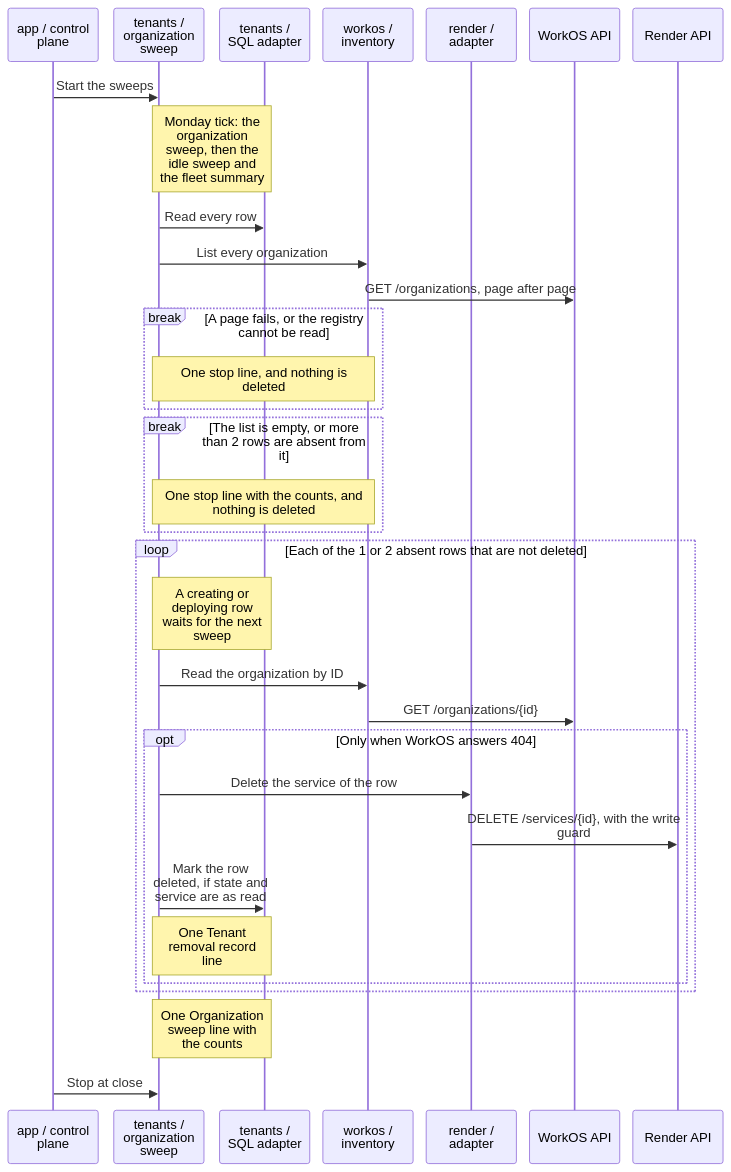
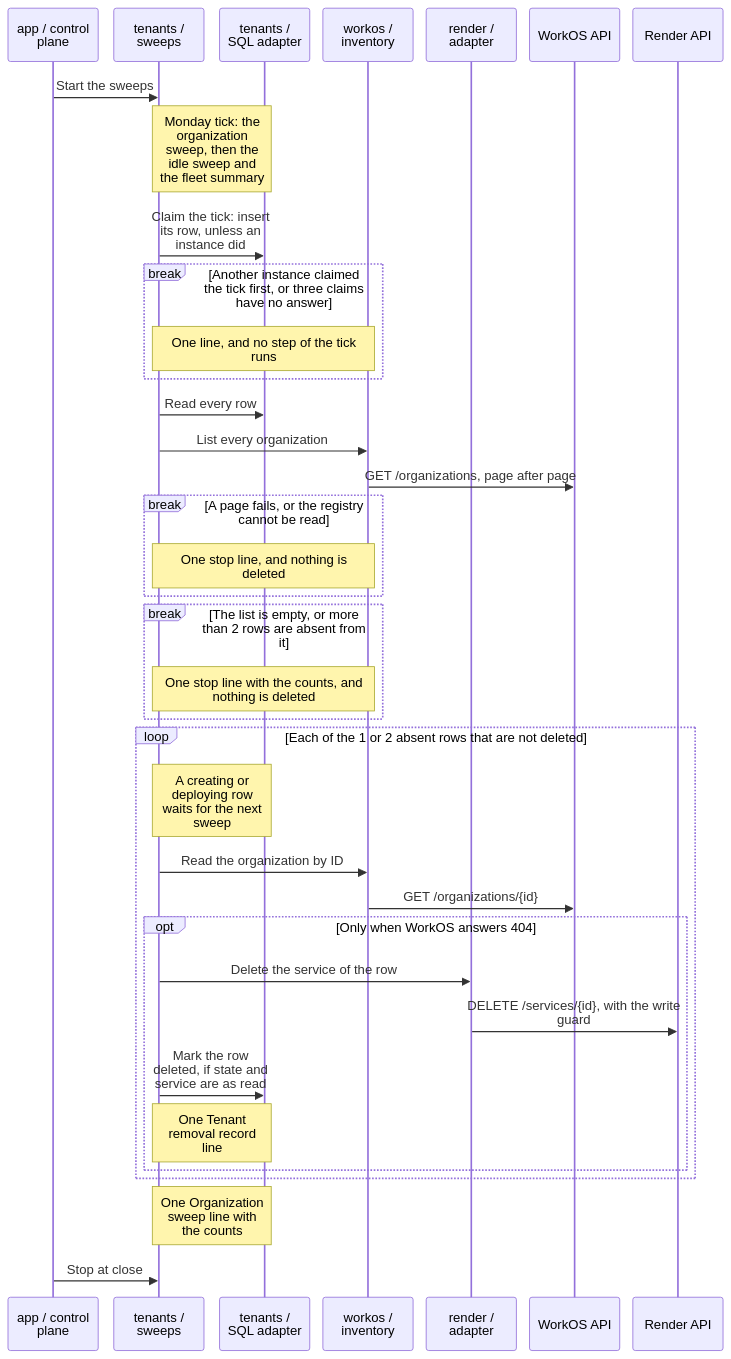
Diagram 20 of 24 in architecture/components.md (tomer-mayara/Thermus), drawn with Mermaid before and after one commit. The commit also changed other lines of this file and 20 other files, not shown here.

First line of the commit message:
Run the tenant sweeps one time per tick across the two instances of a deploy (SO-12 rehearsal finding) (#311)

````diff
--- a/architecture/components.md
+++ b/architecture/components.md
@@ -1785,35 +1802,39 @@
 ```mermaid
 %%{init: {"sequence": {"wrap": true, "actorMargin": 16, "width": 110}}}%%
 sequenceDiagram
   participant App as app / control plane
-  participant Sweep as tenants / organization sweep
+  participant Sweep as tenants / sweeps
   participant Store as tenants / SQL adapter
   participant Inv as workos / inventory
   participant Render as render / adapter
   participant WorkOS as WorkOS API
   participant API as Render API
   App->>Sweep: Start the sweeps
   Note over Sweep,Store: Monday tick: the organization sweep, then the idle sweep and the fleet summary
+  Sweep->>Store: Claim the tick: insert its row, unless an instance did
+  break Another instance claimed the tick first, or three claims have no answer
+    Note over Sweep,Inv: One line, and no step of the tick runs
+  end
   Sweep->>Store: Read every row
   Sweep->>Inv: List every organization
   Inv->>WorkOS: GET /organizations, page after page
   break A page fails, or the registry cannot be read
     Note over Sweep,Inv: One stop line, and nothing is deleted
   end
   break The list is empty, or more than 2 rows are absent from it
     Note over Sweep,Inv: One stop line with the counts, and nothing is deleted
   end
   loop Each of the 1 or 2 absent rows that are not deleted
     Note over Sweep,Store: A creating or deploying row waits for the next sweep
     Sweep->>Inv: Read the organization by ID
     Inv->>WorkOS: GET /organizations/{id}
     opt Only when WorkOS answers 404
       Sweep->>Render: Delete the service of the row
       Render->>API: DELETE /services/{id}, with the write guard
       Sweep->>Store: Mark the row deleted, if state and service are as read
       Note over Sweep,Store: One Tenant removal record line
     end
   end
   Note over Sweep,Store: One Organization sweep line with the counts
   App->>Sweep: Stop at close
 ```
````
